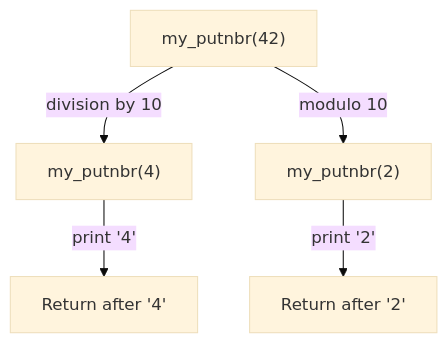
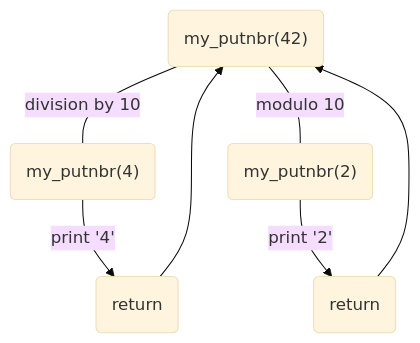
One commit to riceset/Garden changed the diagram in content/Algorithms/Replicating the Print Function in C.md. Above: the diagram before and after it, drawn with Mermaid (base theme). The commit also changed other lines of this file and 2 other files, not shown here.

````diff
--- a/content/Algorithms/Replicating the Print Function in C.md
+++ b/content/Algorithms/Replicating the Print Function in C.md
@@ -172,7 +176,9 @@
 ```mermaid
 graph TD;
-    A["my_putnbr(42)"] -->|division by 10| B["my_putnbr(4)"]
-    B -->|print '4'| D[Return after '4']
-    A -->|modulo 10| C["my_putnbr(2)"]
-    C -->|print '2'| E[Return after '2']
+    A("my_putnbr(42)") ---|division by 10| B("my_putnbr(4)")
+    B -->|print '4'| D(return)
+    D --> A
+    A ---|modulo 10| C("my_putnbr(2)")
+    C -->|print '2'| E(return)
+	E --> A
 ```
````
